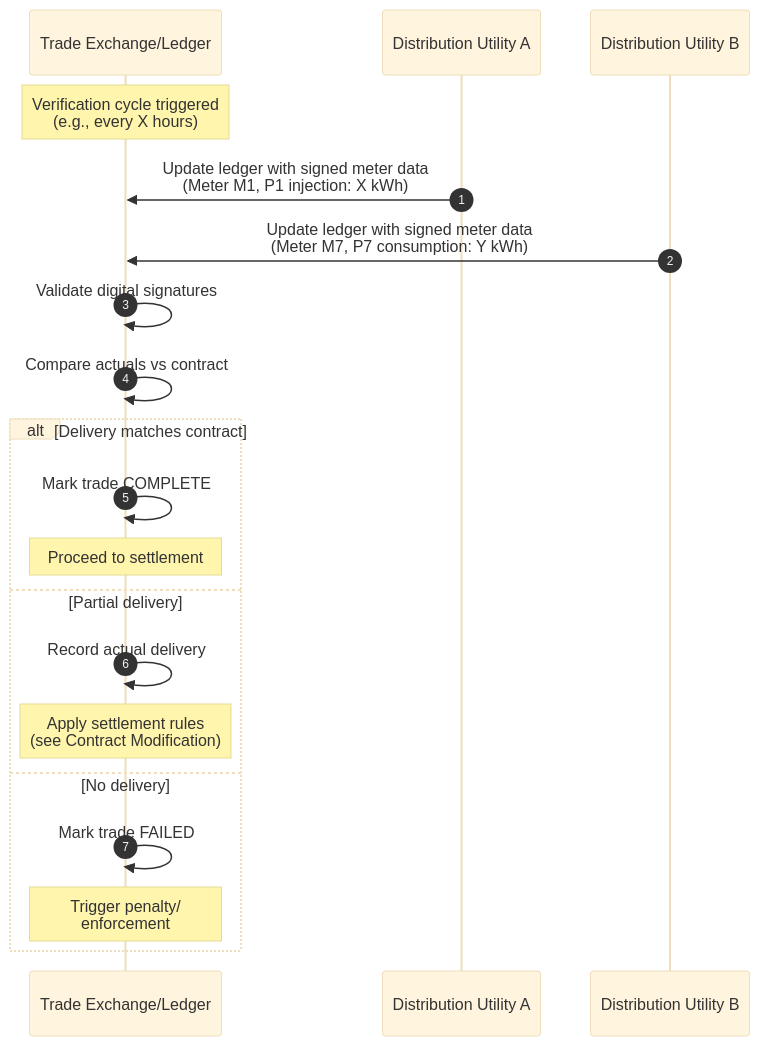
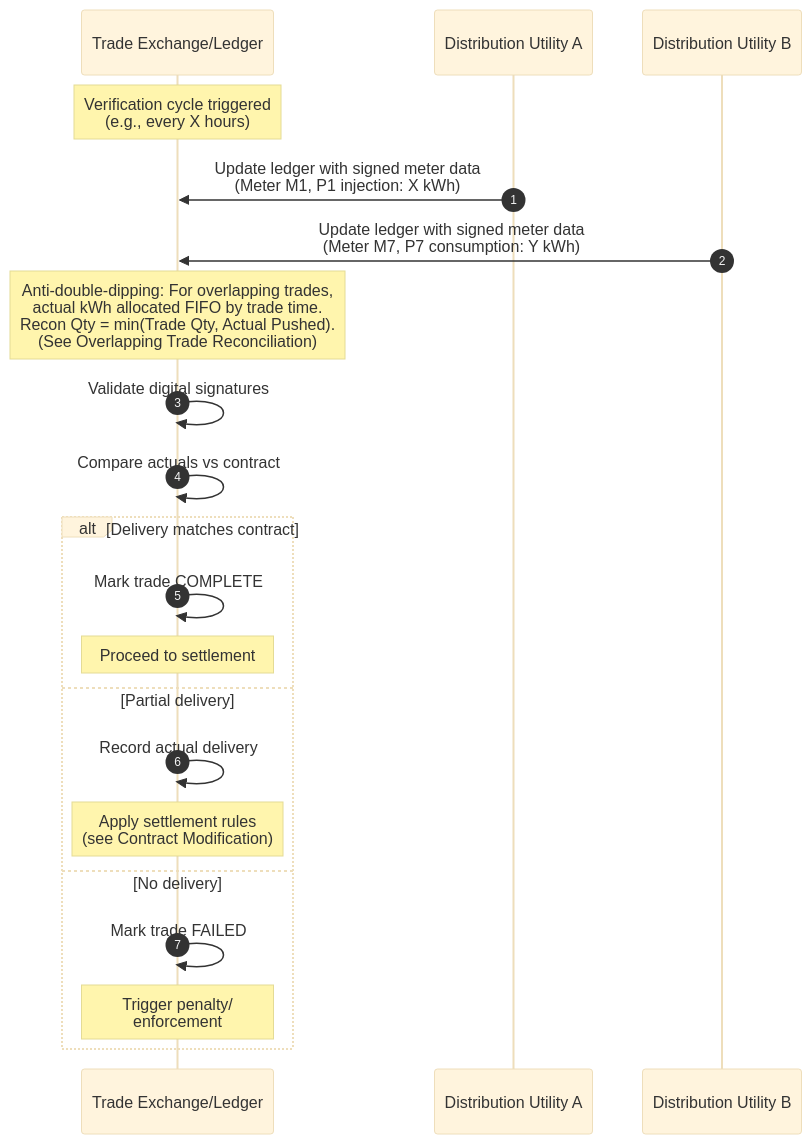
The fourth of 12 diagrams in docs/implementation-guides/v2/P2P_Trading/Inter_energy_retailer_P2P_trading_draft.md (Beckn-One/DEG), drawn with Mermaid (base theme) before and after one commit. The commit also changed other lines of this file, not shown here.

Commit message:
added trade ledger details and anto double dipping formulae

````diff
--- a/docs/implementation-guides/v2/P2P_Trading/Inter_energy_retailer_P2P_trading_draft.md
+++ b/docs/implementation-guides/v2/P2P_Trading/Inter_energy_retailer_P2P_trading_draft.md
@@ -221,26 +223,28 @@
 ```mermaid
 sequenceDiagram
     autonumber
     participant TE as Trade Exchange/Ledger
     participant DU_A as Distribution Utility A
     participant DU_B as Distribution Utility B
 
     Note over TE: Verification cycle triggered<br/>(e.g., every X hours)
 
     DU_A->>TE: Update ledger with signed meter data<br/>(Meter M1, P1 injection: X kWh)
     DU_B->>TE: Update ledger with signed meter data<br/>(Meter M7, P7 consumption: Y kWh)
+
+    Note over TE: Anti-double-dipping: For overlapping trades,<br/>actual kWh allocated FIFO by trade time.<br/>Recon Qty = min(Trade Qty, Actual Pushed).<br/>(See Overlapping Trade Reconciliation)
 
     TE->>TE: Validate digital signatures
     TE->>TE: Compare actuals vs contract
 
     alt Delivery matches contract
         TE->>TE: Mark trade COMPLETE
         Note over TE: Proceed to settlement
     else Partial delivery
         TE->>TE: Record actual delivery
         Note over TE: Apply settlement rules<br/>(see Contract Modification)
     else No delivery
         TE->>TE: Mark trade FAILED
         Note over TE: Trigger penalty/<br/>enforcement
     end
 ```
````
